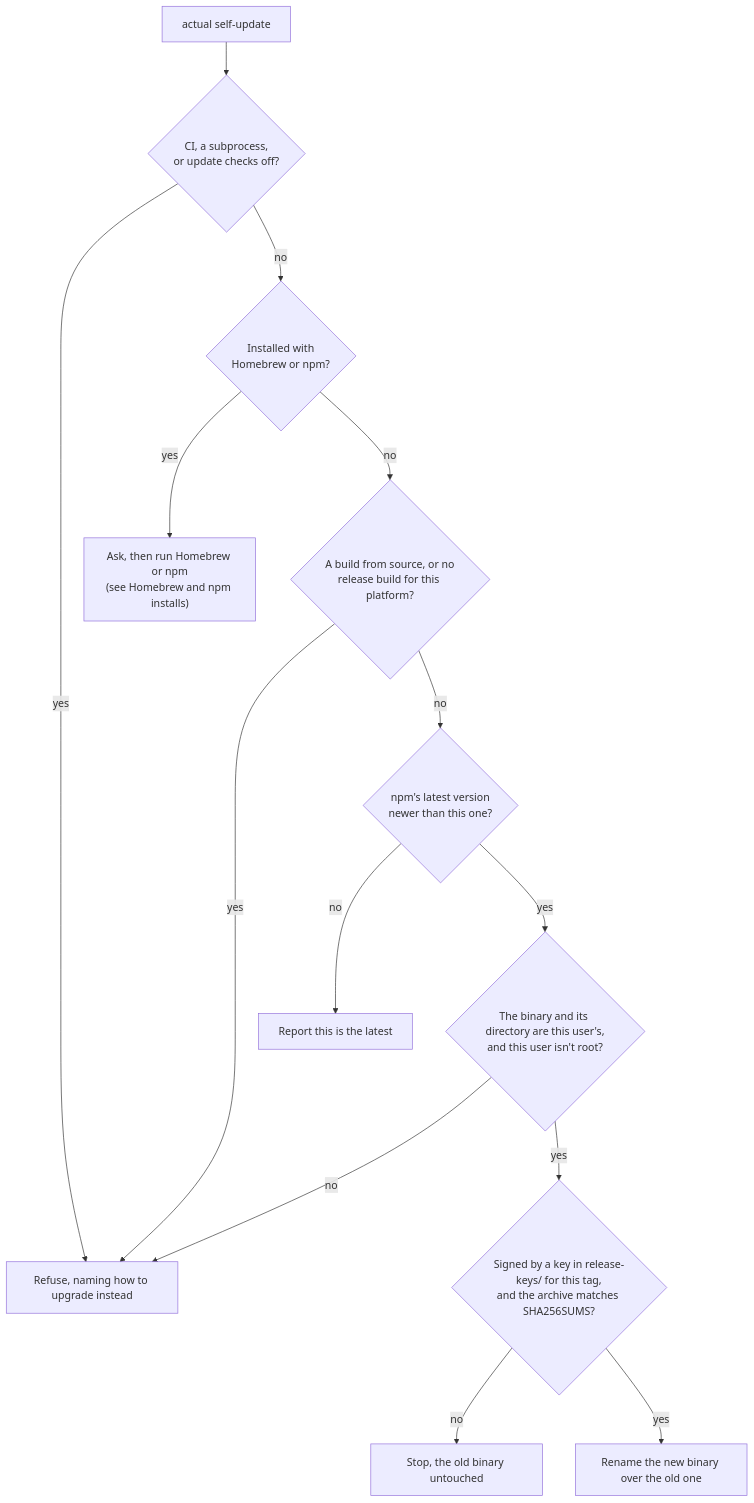
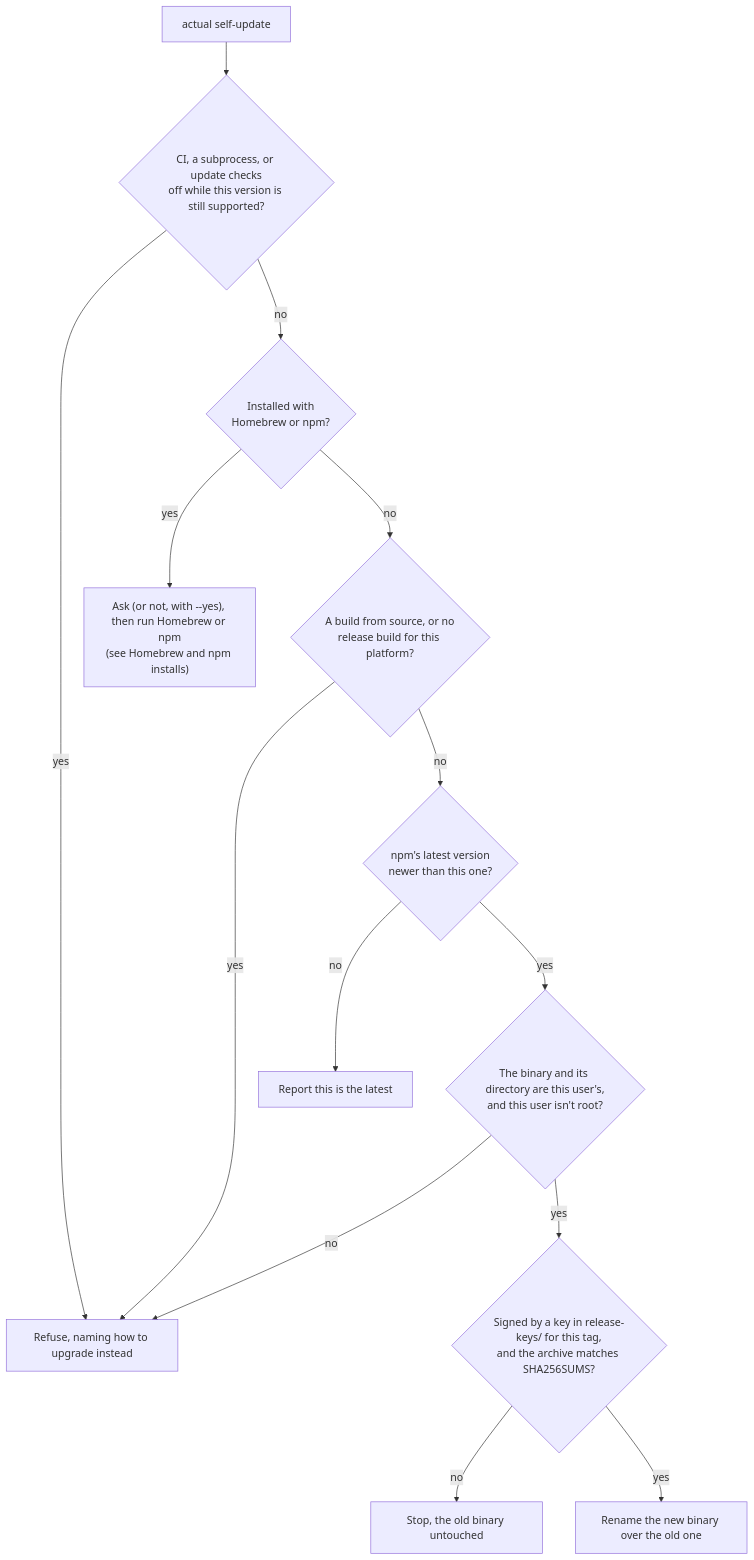
Before and after one commit to actual-software/actual-cli: the diagram in docs/SELF_UPDATE.md, drawn with Mermaid. The commit also changed other lines of this file and 18 other files, not shown here.

First line of the commit message:
feat: the CLI decides which versions run (supported minimum, plugin version, plugin update)

````diff
--- a/docs/SELF_UPDATE.md
+++ b/docs/SELF_UPDATE.md
@@ -48,16 +49,16 @@
 ```mermaid
 flowchart TD
-    A["actual self-update"] --> B{"CI, a subprocess,<br/>or update checks off?"}
+    A["actual self-update"] --> B{"CI, a subprocess, or update checks<br/>off while this version is still supported?"}
     B -- yes --> R["Refuse, naming how to upgrade instead"]
     B -- no --> H{"Installed with<br/>Homebrew or npm?"}
-    H -- yes --> P["Ask, then run Homebrew or npm<br/>(see Homebrew and npm installs)"]
+    H -- yes --> P["Ask (or not, with --yes), then run Homebrew or npm<br/>(see Homebrew and npm installs)"]
     H -- no --> S{"A build from source, or no<br/>release build for this platform?"}
     S -- yes --> R
     S -- no --> C{"npm's latest version<br/>newer than this one?"}
     C -- no --> U["Report this is the latest"]
     C -- yes --> D{"The binary and its directory are this user's,<br/>and this user isn't root?"}
     D -- no --> R
     D -- yes --> E{"Signed by a key in release-keys/ for this tag,<br/>and the archive matches SHA256SUMS?"}
     E -- no --> X["Stop, the old binary untouched"]
     E -- yes --> F["Rename the new binary over the old one"]
 ```
````
